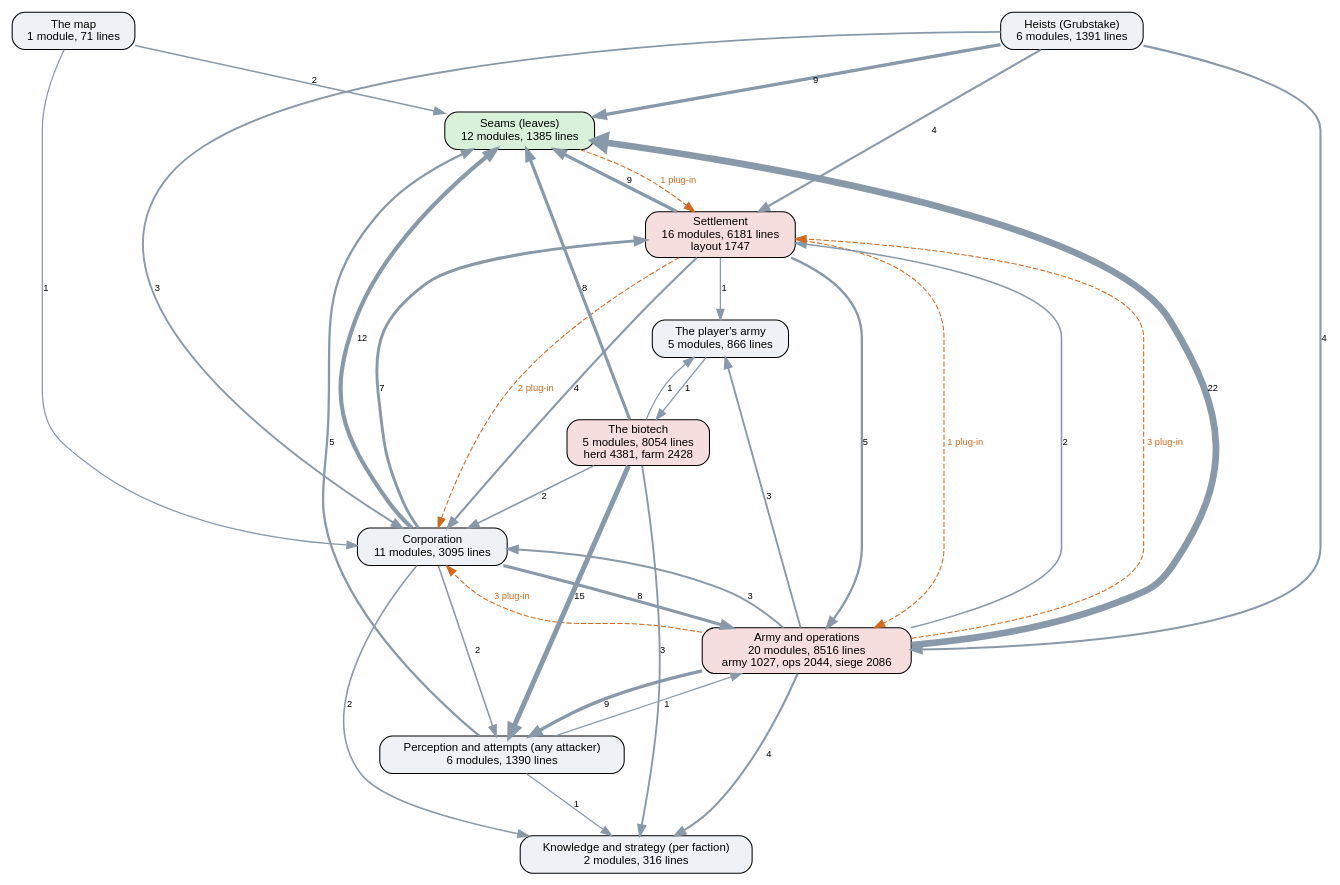
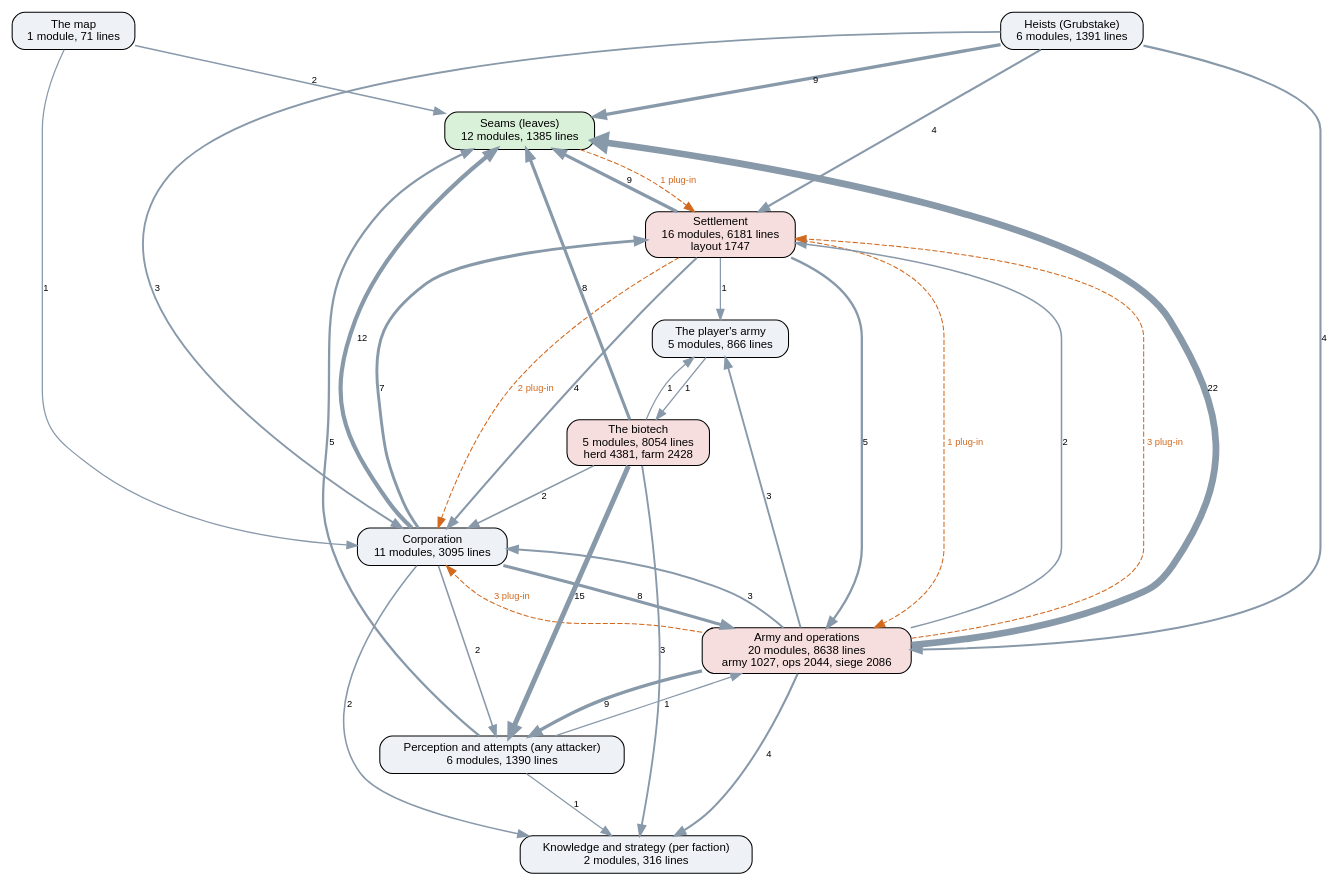
Before and after one commit to kinelhu/landing-party: the diagram in docs/ai-layers.dot, drawn with Graphviz. The commit also changed 10 other files, not shown here.

```diff
--- a/docs/ai-layers.dot
+++ b/docs/ai-layers.dot
@@ -1,50 +1,50 @@
 digraph layers {
   graph [rankdir=TB, fontname="Helvetica", nodesep=0.5, ranksep=0.7];
   node [shape=box, style="rounded,filled", fontname="Helvetica", fontsize=11, fillcolor="#eef2f7"];
   edge [color="#8899aa", fontname="Helvetica", fontsize=9];
   "Seams (leaves)" [label="Seams (leaves)\n12 modules, 1385 lines", fillcolor="#d9f0d9"];
   "Perception and attempts (any attacker)" [label="Perception and attempts (any attacker)\n6 modules, 1390 lines", fillcolor="#eef2f7"];
   "Knowledge and strategy (per faction)" [label="Knowledge and strategy (per faction)\n2 modules, 316 lines", fillcolor="#eef2f7"];
   "Corporation" [label="Corporation\n11 modules, 3095 lines", fillcolor="#eef2f7"];
   "Settlement" [label="Settlement\n16 modules, 6181 lines\nlayout 1747", fillcolor="#f7dede"];
-  "Army and operations" [label="Army and operations\n20 modules, 8516 lines\narmy 1027, ops 2044, siege 2086", fillcolor="#f7dede"];
+  "Army and operations" [label="Army and operations\n20 modules, 8638 lines\narmy 1027, ops 2044, siege 2086", fillcolor="#f7dede"];
   "Heists (Grubstake)" [label="Heists (Grubstake)\n6 modules, 1391 lines", fillcolor="#eef2f7"];
   "The biotech" [label="The biotech\n5 modules, 8054 lines\nherd 4381, farm 2428", fillcolor="#f7dede"];
   "The map" [label="The map\n1 module, 71 lines", fillcolor="#eef2f7"];
   "The player's army" [label="The player's army\n5 modules, 866 lines", fillcolor="#eef2f7"];
   "Army and operations" -> "Corporation" [label="3", penwidth=1.8];
   "Army and operations" -> "Knowledge and strategy (per faction)" [label="4", penwidth=2.0];
   "Army and operations" -> "Perception and attempts (any attacker)" [label="9", penwidth=3.2];
   "Army and operations" -> "Seams (leaves)" [label="22", penwidth=6.5];
   "Army and operations" -> "Settlement" [label="2", penwidth=1.5];
   "Army and operations" -> "The player's army" [label="3", penwidth=1.8];
   "Corporation" -> "Army and operations" [label="8", penwidth=3.0];
   "Corporation" -> "Knowledge and strategy (per faction)" [label="2", penwidth=1.5];
   "Corporation" -> "Perception and attempts (any attacker)" [label="2", penwidth=1.5];
   "Corporation" -> "Seams (leaves)" [label="12", penwidth=4.0];
   "Corporation" -> "Settlement" [label="7", penwidth=2.8];
   "Heists (Grubstake)" -> "Army and operations" [label="4", penwidth=2.0];
   "Heists (Grubstake)" -> "Corporation" [label="3", penwidth=1.8];
   "Heists (Grubstake)" -> "Seams (leaves)" [label="9", penwidth=3.2];
   "Heists (Grubstake)" -> "Settlement" [label="4", penwidth=2.0];
   "Perception and attempts (any attacker)" -> "Army and operations" [label="1", penwidth=1.2];
   "Perception and attempts (any attacker)" -> "Knowledge and strategy (per faction)" [label="1", penwidth=1.2];
   "Perception and attempts (any attacker)" -> "Seams (leaves)" [label="5", penwidth=2.2];
   "Settlement" -> "Army and operations" [label="5", penwidth=2.2];
   "Settlement" -> "Corporation" [label="4", penwidth=2.0];
   "Settlement" -> "Seams (leaves)" [label="9", penwidth=3.2];
   "Settlement" -> "The player's army" [label="1", penwidth=1.2];
   "The biotech" -> "Corporation" [label="2", penwidth=1.5];
   "The biotech" -> "Knowledge and strategy (per faction)" [label="3", penwidth=1.8];
   "The biotech" -> "Perception and attempts (any attacker)" [label="15", penwidth=4.8];
   "The biotech" -> "Seams (leaves)" [label="8", penwidth=3.0];
   "The biotech" -> "The player's army" [label="1", penwidth=1.2];
   "The map" -> "Corporation" [label="1", penwidth=1.2];
   "The map" -> "Seams (leaves)" [label="2", penwidth=1.5];
   "The player's army" -> "The biotech" [label="1", penwidth=1.2];
   "Army and operations" -> "Corporation" [style=dashed, color="#d2691e", fontcolor="#d2691e", label="3 plug-in"];
   "Army and operations" -> "Settlement" [style=dashed, color="#d2691e", fontcolor="#d2691e", label="3 plug-in"];
   "Seams (leaves)" -> "Settlement" [style=dashed, color="#d2691e", fontcolor="#d2691e", label="1 plug-in"];
   "Settlement" -> "Army and operations" [style=dashed, color="#d2691e", fontcolor="#d2691e", label="1 plug-in"];
   "Settlement" -> "Corporation" [style=dashed, color="#d2691e", fontcolor="#d2691e", label="2 plug-in"];
 }
```
